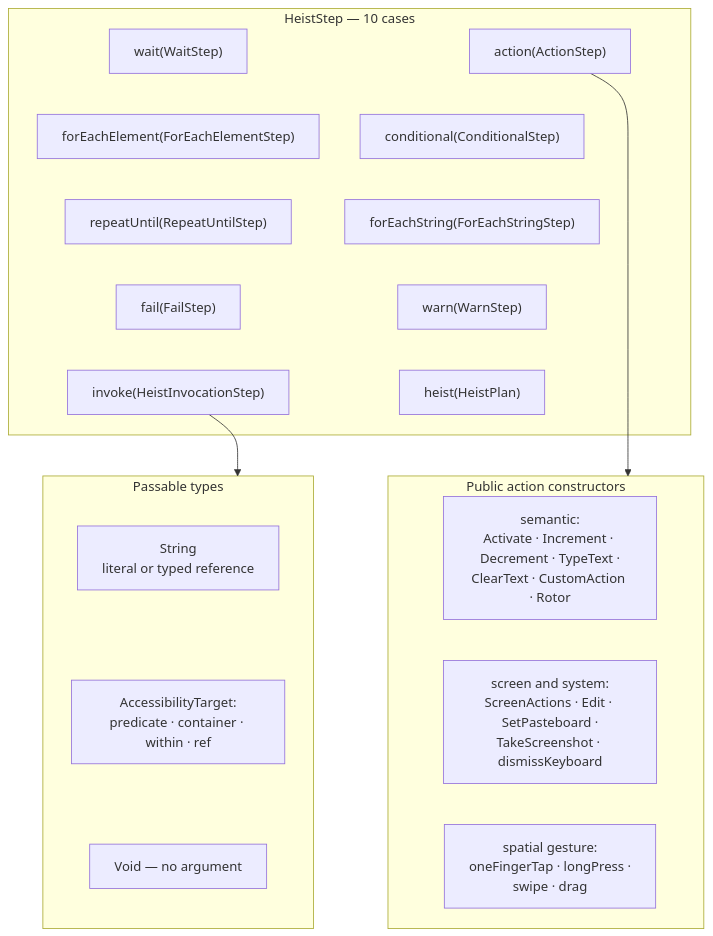
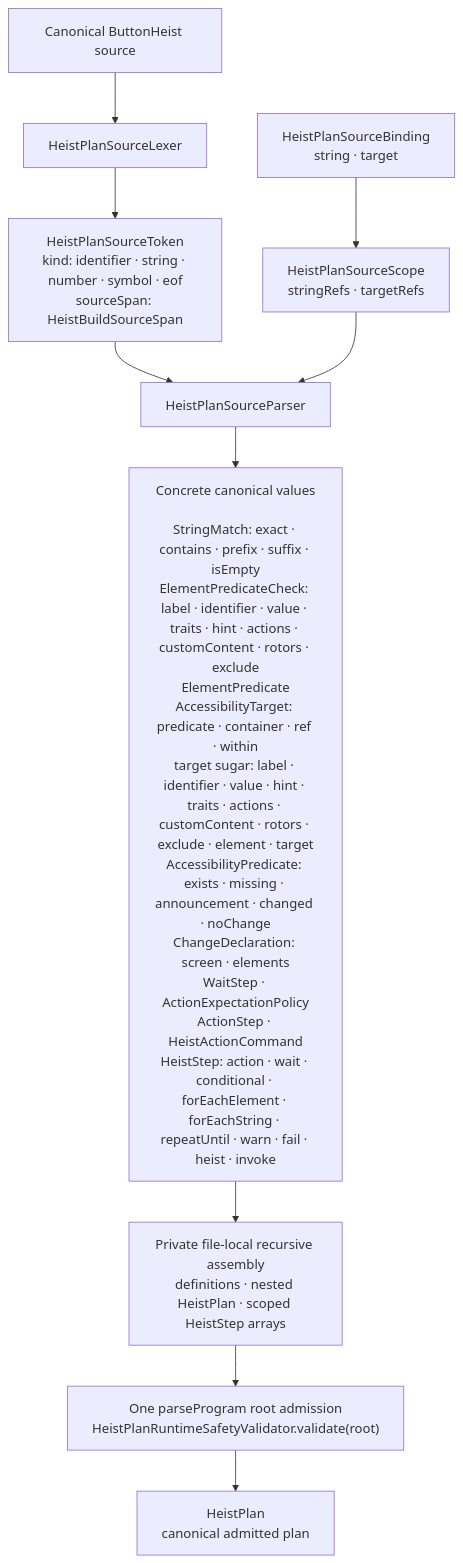
One commit to RoyalPineapple/TheButtonHeist changed the diagram in docs/diagrams/dsl-grammar.md. Above: the diagram before and after it, drawn with Mermaid. The commit also changed other lines of this file and 228 other files, not shown here.

First line of the commit message:
Compress runtime and plan pipelines into canonical state (#1396)

````diff
--- a/docs/diagrams/dsl-grammar.md
+++ b/docs/diagrams/dsl-grammar.md
@@ -9,44 +11,17 @@
 ```mermaid
 flowchart TD
-    subgraph steps["HeistStep — 10 cases"]
-        ACTION["action(ActionStep)"]
-        WAIT["wait(WaitStep)"]
-        COND["conditional(ConditionalStep)"]
-        FEE["forEachElement(ForEachElementStep)"]
-        FES["forEachString(ForEachStringStep)"]
-        RU["repeatUntil(RepeatUntilStep)"]
-        WARNS["warn(WarnStep)"]
-        FAILS["fail(FailStep)"]
-        NESTED["heist(HeistPlan)"]
-        INVOKE["invoke(HeistInvocationStep)"]
-        ACTION ~~~ COND
-        COND ~~~ FES
-        FES ~~~ WARNS
-        WARNS ~~~ NESTED
-        WAIT ~~~ FEE
-        FEE ~~~ RU
-        RU ~~~ FAILS
-        FAILS ~~~ INVOKE
-    end
+    SOURCE["Canonical ButtonHeist source"]
+    LEXER["HeistPlanSourceLexer"]
+    TOKEN["HeistPlanSourceToken<br/>kind: identifier · string · number · symbol · eof<br/>sourceSpan: HeistBuildSourceSpan"]
+    BINDING["HeistPlanSourceBinding<br/>string · target"]
+    SCOPE["HeistPlanSourceScope<br/>stringRefs · targetRefs"]
+    PARSER["HeistPlanSourceParser"]
+    VALUES["Concrete canonical values<br/><br/>StringMatch: exact · contains · prefix · suffix · isEmpty<br/>ElementPredicateCheck: label · identifier · value · traits · hint · actions · customContent · rotors · exclude<br/>ElementPredicate<br/>AccessibilityTarget: predicate · container · ref · within<br/>target sugar: label · identifier · value · hint · traits · actions · customContent · rotors · exclude · element · target<br/>AccessibilityPredicate: exists · missing · announcement · changed · noChange<br/>ChangeDeclaration: screen · elements<br/>WaitStep · ActionExpectationPolicy<br/>ActionStep · HeistActionCommand<br/>HeistStep: action · wait · conditional · forEachElement · forEachString · repeatUntil · warn · fail · heist · invoke"]
+    ASSEMBLY["Private file-local recursive assembly<br/>definitions · nested HeistPlan · scoped HeistStep arrays"]
+    ADMISSION["One parseProgram root admission<br/>HeistPlanRuntimeSafetyValidator.validate(root)"]
+    PLAN["HeistPlan<br/>canonical admitted plan"]
 
-    subgraph commands["Public action constructors"]
-        SEMANTIC["semantic:<br/>Activate · Increment · Decrement · TypeText ·<br/>ClearText · CustomAction · Rotor"]
-        SYSTEM["screen and system:<br/>ScreenActions · Edit · SetPasteboard ·<br/>TakeScreenshot · dismissKeyboard"]
-        SPATIAL["spatial gesture:<br/>oneFingerTap · longPress ·<br/>swipe · drag"]
-        SEMANTIC ~~~ SYSTEM
-        SYSTEM ~~~ SPATIAL
-    end
-
-    subgraph passables["Passable types"]
-        PSTR["String<br/>literal or typed reference"]
-        PTGT["AccessibilityTarget:<br/>predicate · container · within · ref"]
-        PVOID["Void — no argument"]
-        PSTR ~~~ PTGT
-        PTGT ~~~ PVOID
-    end
-
-    NESTED ~~~ SEMANTIC
-    INVOKE ~~~ PSTR
-    ACTION --> commands
-    INVOKE --> passables
+    SOURCE --> LEXER --> TOKEN --> PARSER
+    BINDING --> SCOPE --> PARSER
+    PARSER --> VALUES --> ASSEMBLY --> ADMISSION --> PLAN
 ```
````
